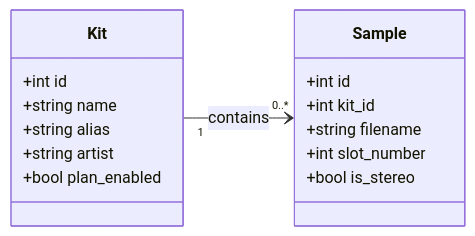
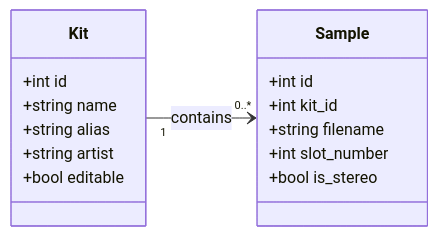
Before and after one commit to peteb4ker/romper: the diagram in docs/romper-db.mmd, drawn with Mermaid. The commit also changed 59 other files, not shown here.

```diff
--- a/docs/romper-db.mmd
+++ b/docs/romper-db.mmd
@@ -1,33 +1,33 @@
 %%{init: {
   "theme": "base",
   "themeVariables": {
     "primaryColor": "#f6f8fa",
     "primaryTextColor": "#1f2328",
     "primaryBorderColor": "#d0d7de",
     "lineColor": "#57606a",
     "fontSize": "14px",
     "fontFamily": "-apple-system, BlinkMacSystemFont, 'Segoe UI', Helvetica, Arial, sans-serif",
     "edgeLabelBackground": "#ffffff"
   }
 }}%%
 
 classDiagram
     direction LR
 
     class Kit {
         +int id
         +string name
         +string alias
         +string artist
-        +bool plan_enabled
+        +bool editable
     }
 
     class Sample {
         +int id
         +int kit_id
         +string filename
         +int slot_number
         +bool is_stereo
     }
 
     Kit "1" --> "0..*" Sample : contains
```
